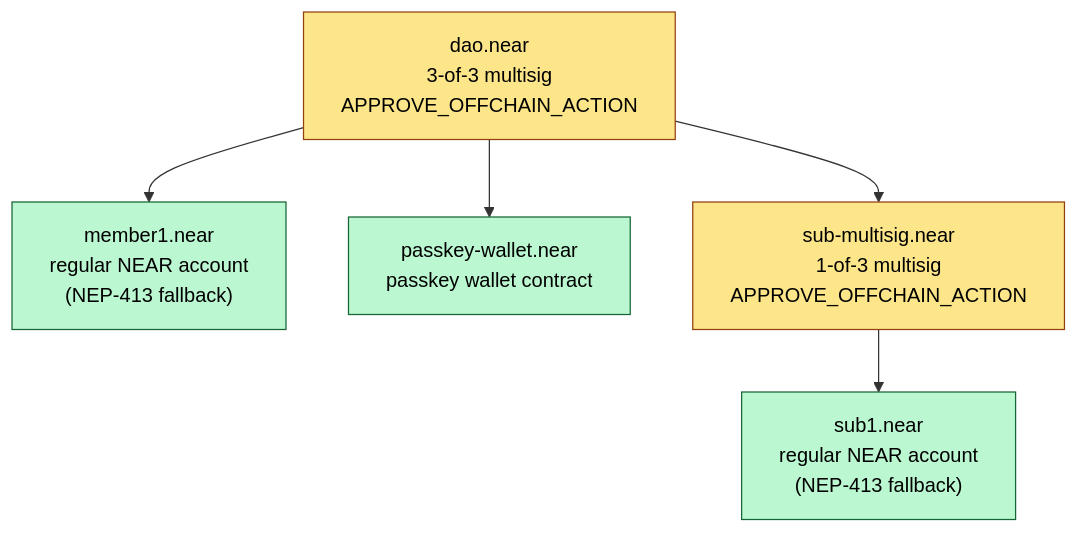
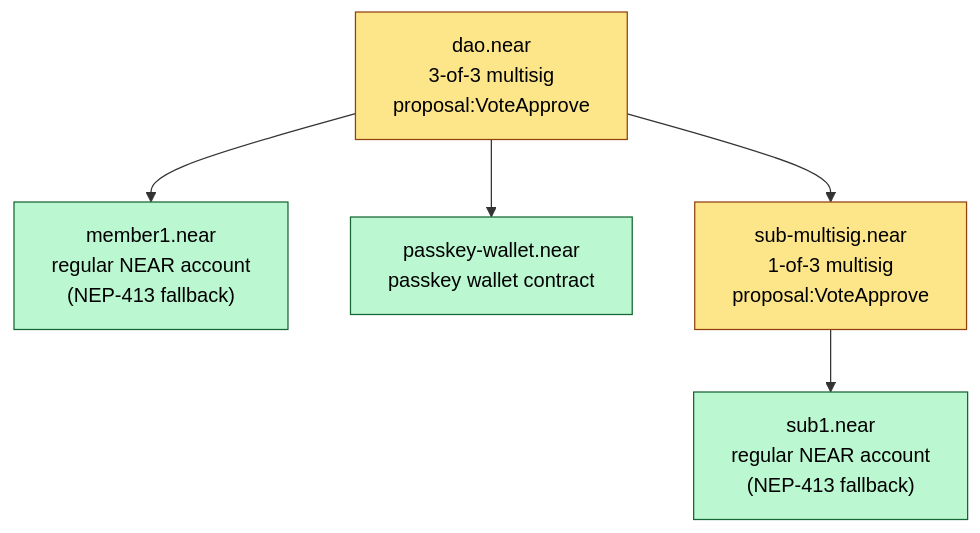
One commit to near/NEPs changed the second of 4 diagrams in neps/nep-0641.md. Above: the diagram before and after it, drawn with Mermaid. The commit also changed other lines of this file, not shown here.

````diff
--- a/neps/nep-0641.md
+++ b/neps/nep-0641.md
@@ -514,21 +526,21 @@
 ```mermaid
 flowchart TD
-    Root["dao.near<br/>3-of-3 multisig<br/>APPROVE_OFFCHAIN_ACTION"]
+    Root["dao.near<br/>3-of-3 multisig<br/>proposal:VoteApprove"]
 
     M1["member1.near<br/>regular NEAR account<br/>(NEP-413 fallback)"]
     M2["passkey-wallet.near<br/>passkey wallet contract"]
-    M3["sub-multisig.near<br/>1-of-3 multisig<br/>APPROVE_OFFCHAIN_ACTION"]
+    M3["sub-multisig.near<br/>1-of-3 multisig<br/>proposal:VoteApprove"]
 
     S1["sub1.near<br/>regular NEAR account<br/>(NEP-413 fallback)"]
 
     Root --> M1
     Root --> M2
     Root --> M3
     M3 --> S1
 
     style Root fill:#fde68a,color:#000,stroke:#92400e
     style M3 fill:#fde68a,color:#000,stroke:#92400e
     style M1 fill:#bbf7d0,color:#000,stroke:#166534
     style M2 fill:#bbf7d0,color:#000,stroke:#166534
     style S1 fill:#bbf7d0,color:#000,stroke:#166534
 ```
````
